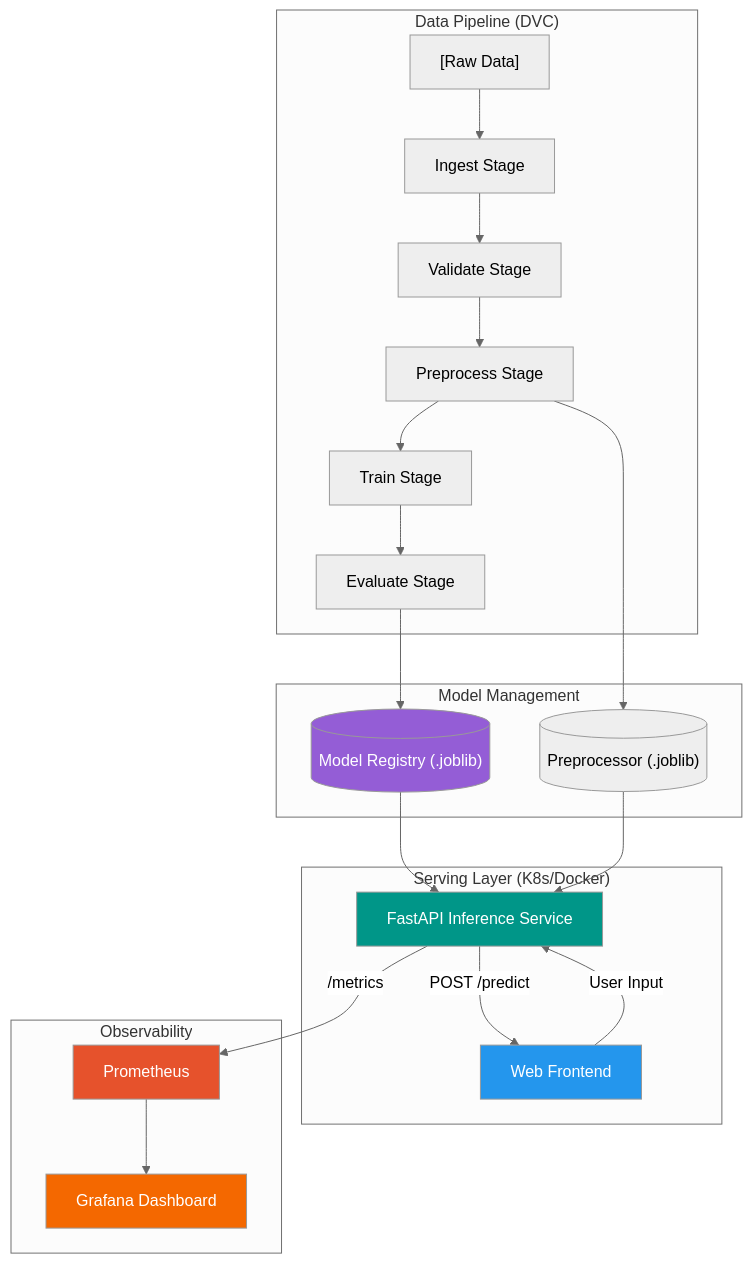
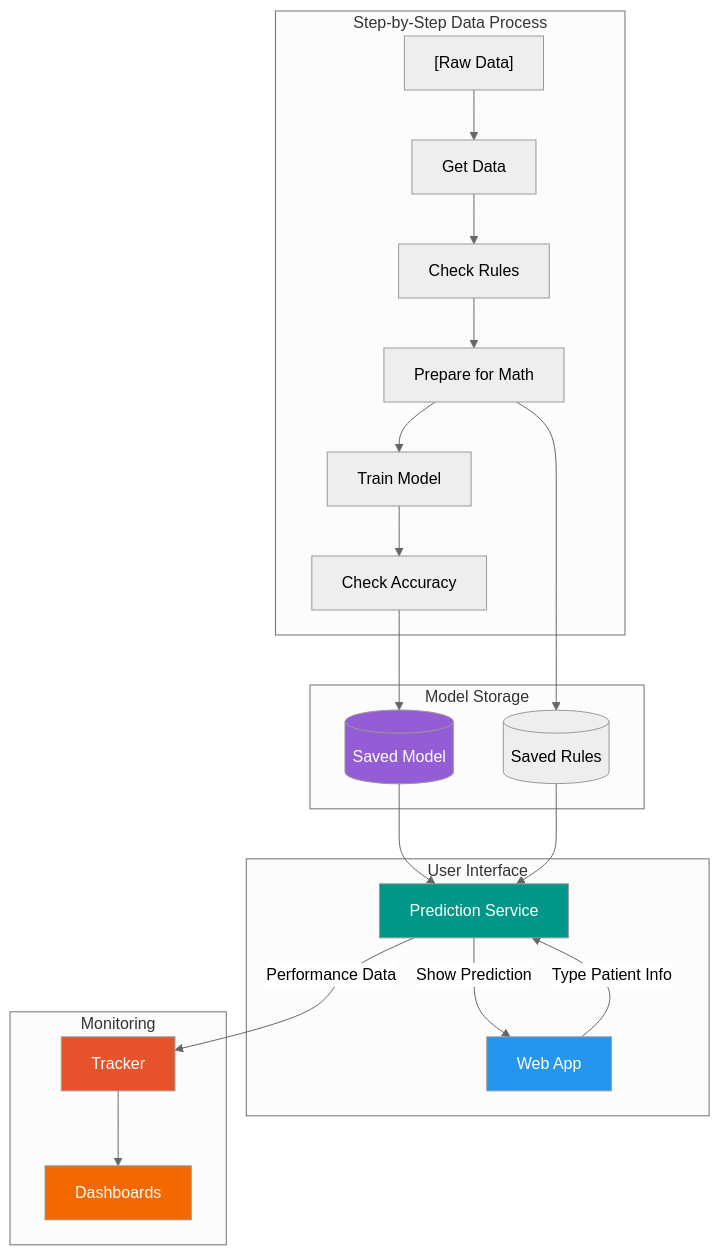
The diagram in README.md (iammohith/MLOps-System-for-Clinical-Treatment-Outcome-Prediction), drawn with Mermaid (neutral theme) before and after one commit. The commit also changed other lines of this file and 9 other files, not shown here.

````diff
--- a/README.md
+++ b/README.md
@@ -39,32 +39,32 @@
 ```mermaid
 graph TD
-    subgraph "Data Pipeline (DVC)"
-        A["[Raw Data]"] --> B["Ingest Stage"]
-        B --> C["Validate Stage"]
-        C --> D["Preprocess Stage"]
-        D --> E["Train Stage"]
-        E --> F["Evaluate Stage"]
+    subgraph "Step-by-Step Data Process"
+        A["[Raw Data]"] --> B["Get Data"]
+        B --> C["Check Rules"]
+        C --> D["Prepare for Math"]
+        D --> E["Train Model"]
+        E --> F["Check Accuracy"]
     end
 
-    subgraph "Model Management"
-        F --> G[("Model Registry (.joblib)")]
-        D --> H[("Preprocessor (.joblib)")]
+    subgraph "Model Storage"
+        F --> G[("Saved Model")]
+        D --> H[("Saved Rules")]
     end
 
-    subgraph "Serving Layer (K8s/Docker)"
-        G & H --> I["FastAPI Inference Service"]
-        I -- "POST /predict" --> J["Web Frontend"]
-        J -- "User Input" --> I
+    subgraph "User Interface"
+        G & H --> I["Prediction Service"]
+        I -- "Show Prediction" --> J["Web App"]
+        J -- "Type Patient Info" --> I
     end
 
-    subgraph "Observability"
-        I -- "/metrics" --> K["Prometheus"]
-        K --> L["Grafana Dashboard"]
+    subgraph "Monitoring"
+        I -- "Performance Data" --> K["Tracker"]
+        K --> L["Dashboards"]
     end
 
     style I fill:#009688,color:#fff
     style J fill:#2496ED,color:#fff
     style K fill:#E6522C,color:#fff
     style L fill:#F46800,color:#fff
     style G fill:#945DD6,color:#fff
 ```
````
